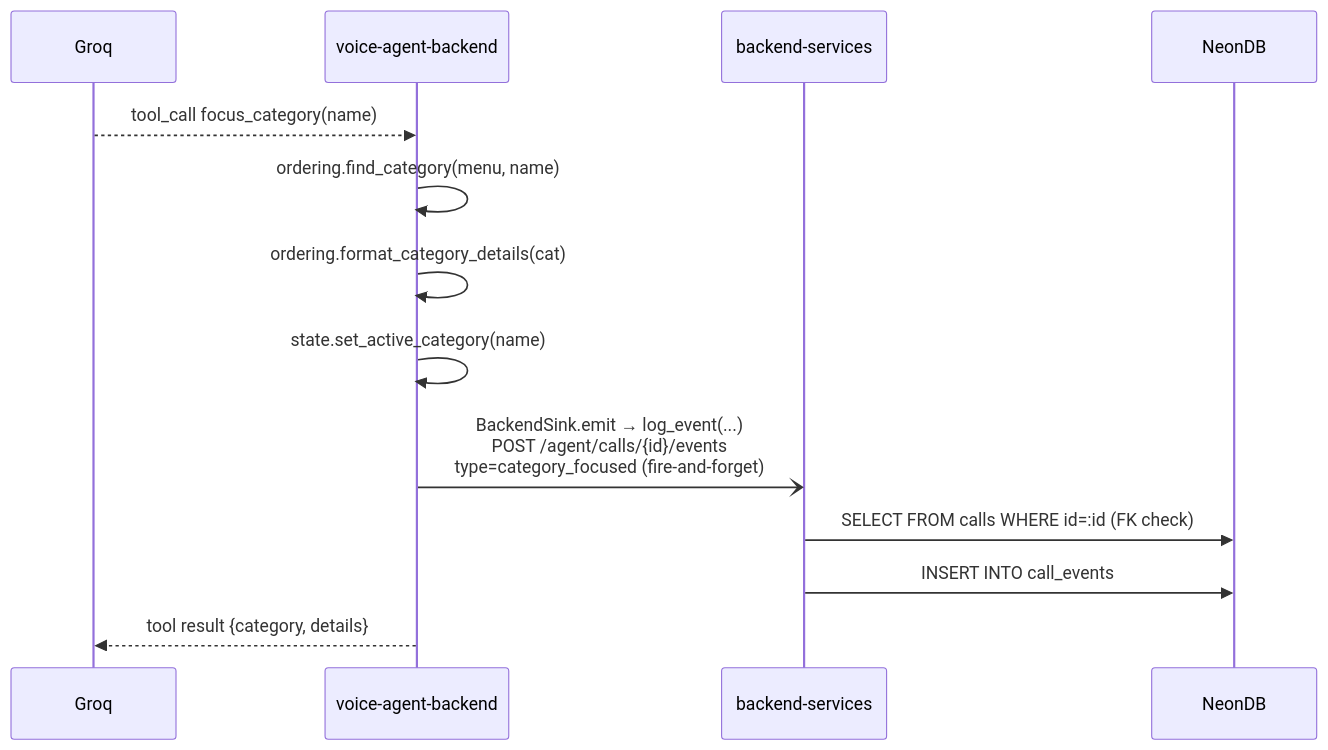
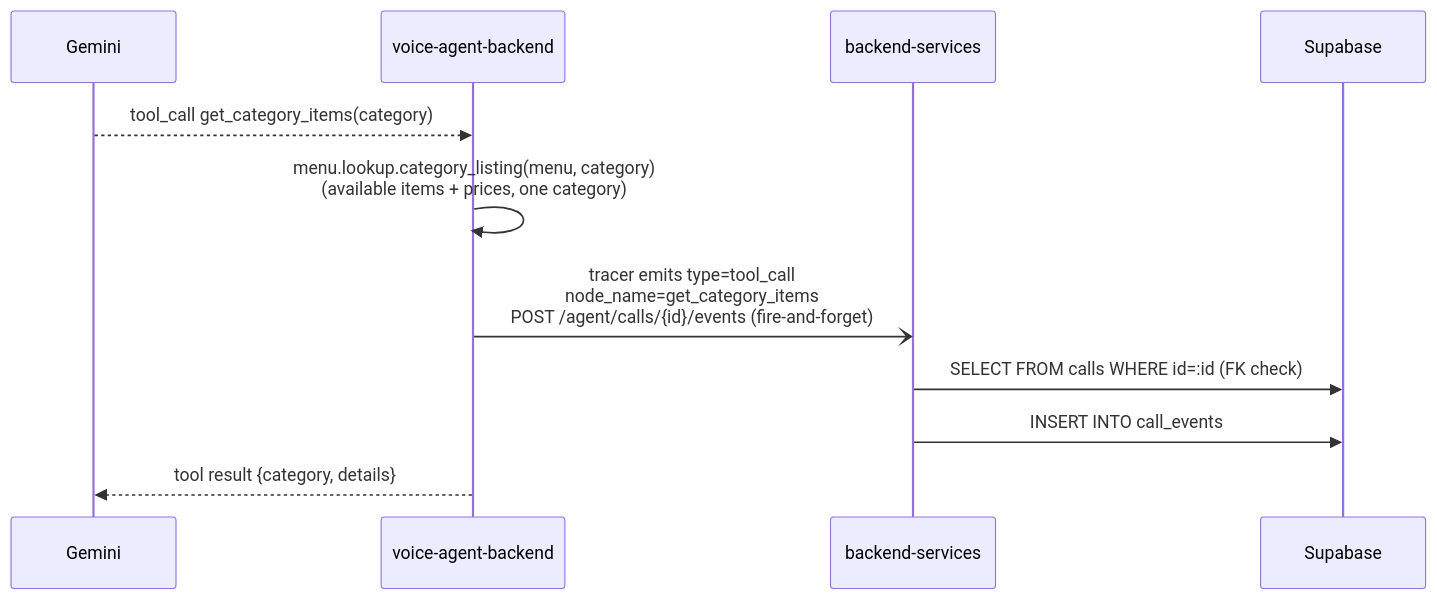
Before and after one commit to voco-dine/org-wiki: the fourth of 10 diagrams in docs/system-specification/sequence.md, drawn with Mermaid. The commit also changed other lines of this file and 14 other files, not shown here.

````diff
--- a/docs/system-specification/sequence.md
+++ b/docs/system-specification/sequence.md
@@ -111,16 +111,14 @@
 ```mermaid
 sequenceDiagram
-    participant GR as Groq
+    participant GR as Gemini
     participant VA as voice-agent-backend
     participant BS as backend-services
-    participant DB as NeonDB
+    participant DB as Supabase
 
-    GR-->>VA: tool_call focus_category(name)
-    VA->>VA: ordering.find_category(menu, name)
-    VA->>VA: ordering.format_category_details(cat)
-    VA->>VA: state.set_active_category(name)
-    VA-)BS: BackendSink.emit → log_event(...)<br/>POST /agent/calls/{id}/events<br/>type=category_focused (fire-and-forget)
+    GR-->>VA: tool_call get_category_items(category)
+    VA->>VA: menu.lookup.category_listing(menu, category)<br/>(available items + prices, one category)
+    VA-)BS: tracer emits type=tool_call<br/>node_name=get_category_items<br/>POST /agent/calls/{id}/events (fire-and-forget)
     BS->>DB: SELECT FROM calls WHERE id=:id (FK check)
     BS->>DB: INSERT INTO call_events
     VA-->>GR: tool result {category, details}
 ```
````
